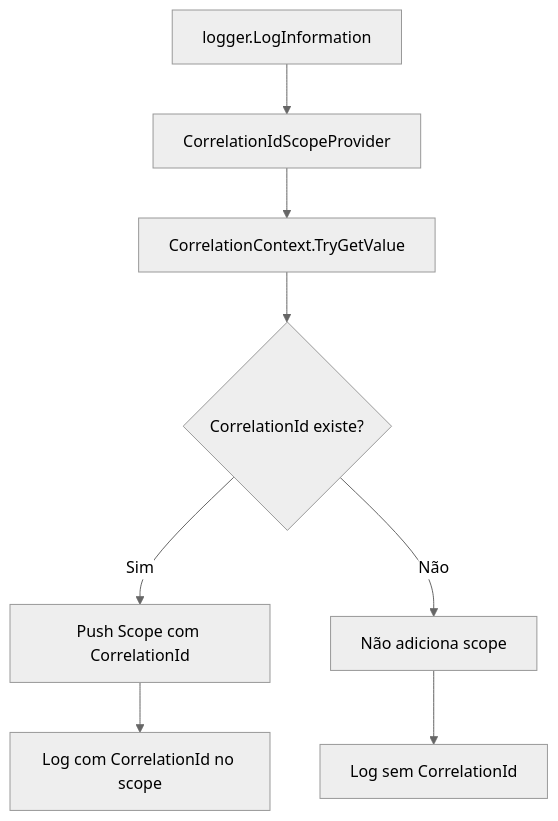
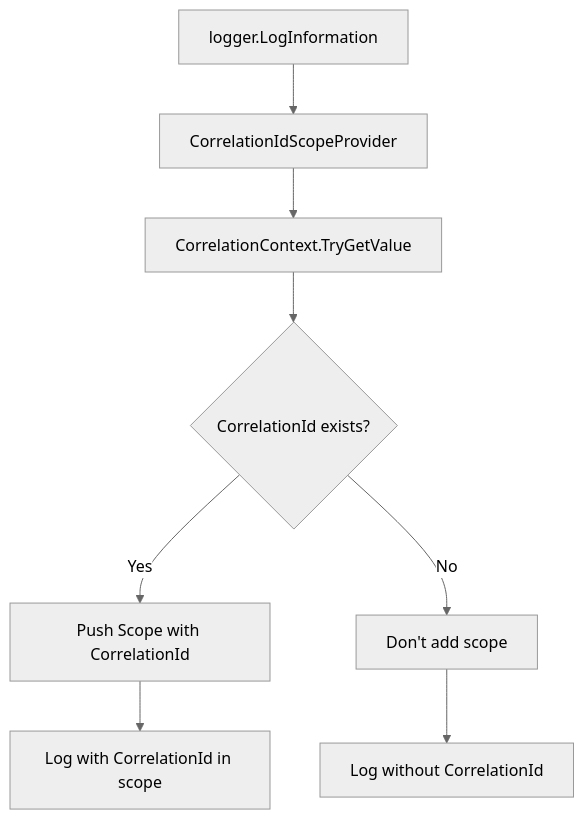
Before and after one commit to whitebeardit/traceability: the seventh of 7 diagrams in docs/agents/architecture.md, drawn with Mermaid (neutral theme). The commit also changed other lines of this file and 35 other files, not shown here.

````diff
--- a/docs/agents/architecture.md
+++ b/docs/agents/architecture.md
@@ -182,10 +182,10 @@
 ```mermaid
 graph TD
     A[logger.LogInformation] --> B[CorrelationIdScopeProvider]
     B --> C[CorrelationContext.TryGetValue]
-    C --> D{CorrelationId existe?}
-    D -->|Sim| E[Push Scope com CorrelationId]
-    D -->|Não| F[Não adiciona scope]
-    E --> G[Log com CorrelationId no scope]
-    F --> H[Log sem CorrelationId]
+    C --> D{CorrelationId exists?}
+    D -->|Yes| E[Push Scope with CorrelationId]
+    D -->|No| F[Don't add scope]
+    E --> G[Log with CorrelationId in scope]
+    F --> H[Log without CorrelationId]
 ```
````
